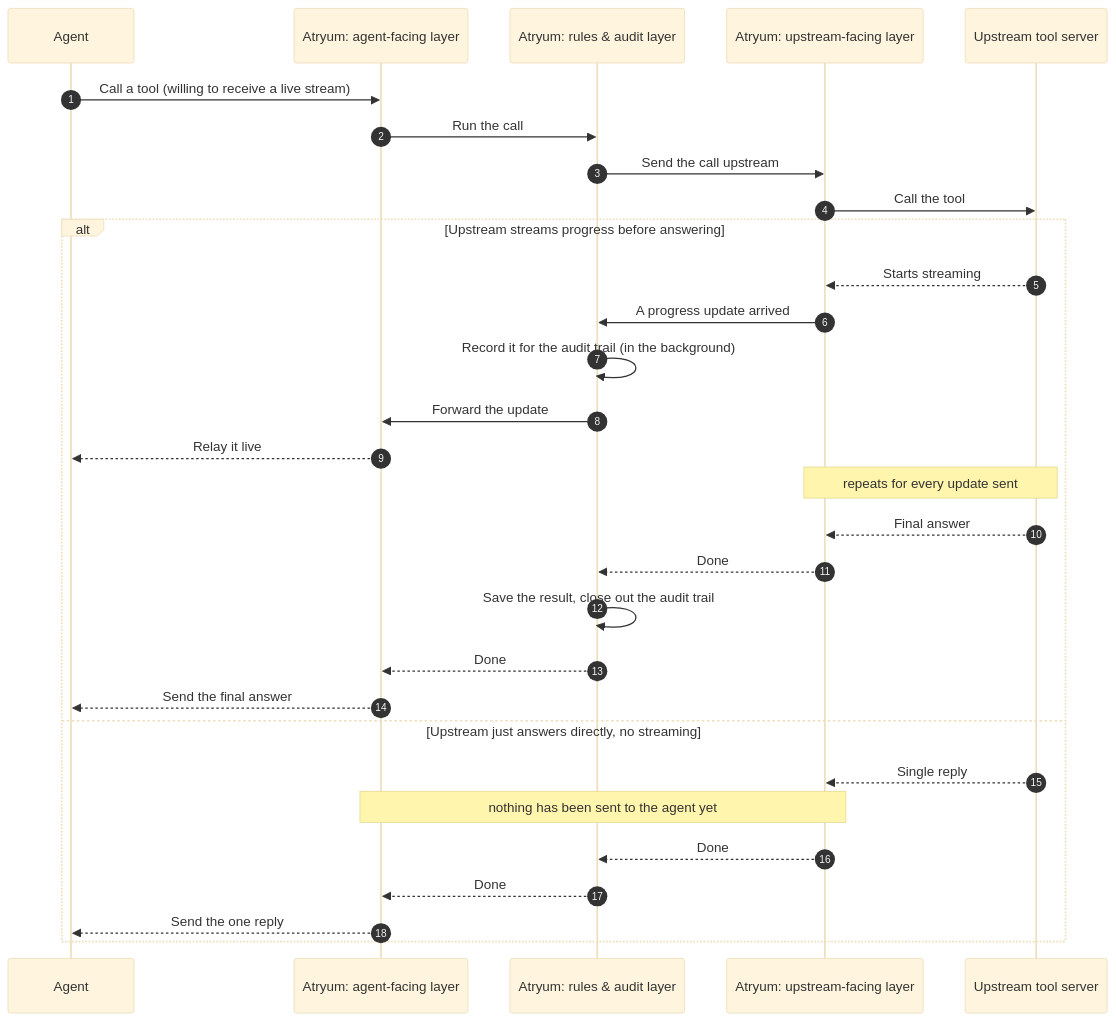
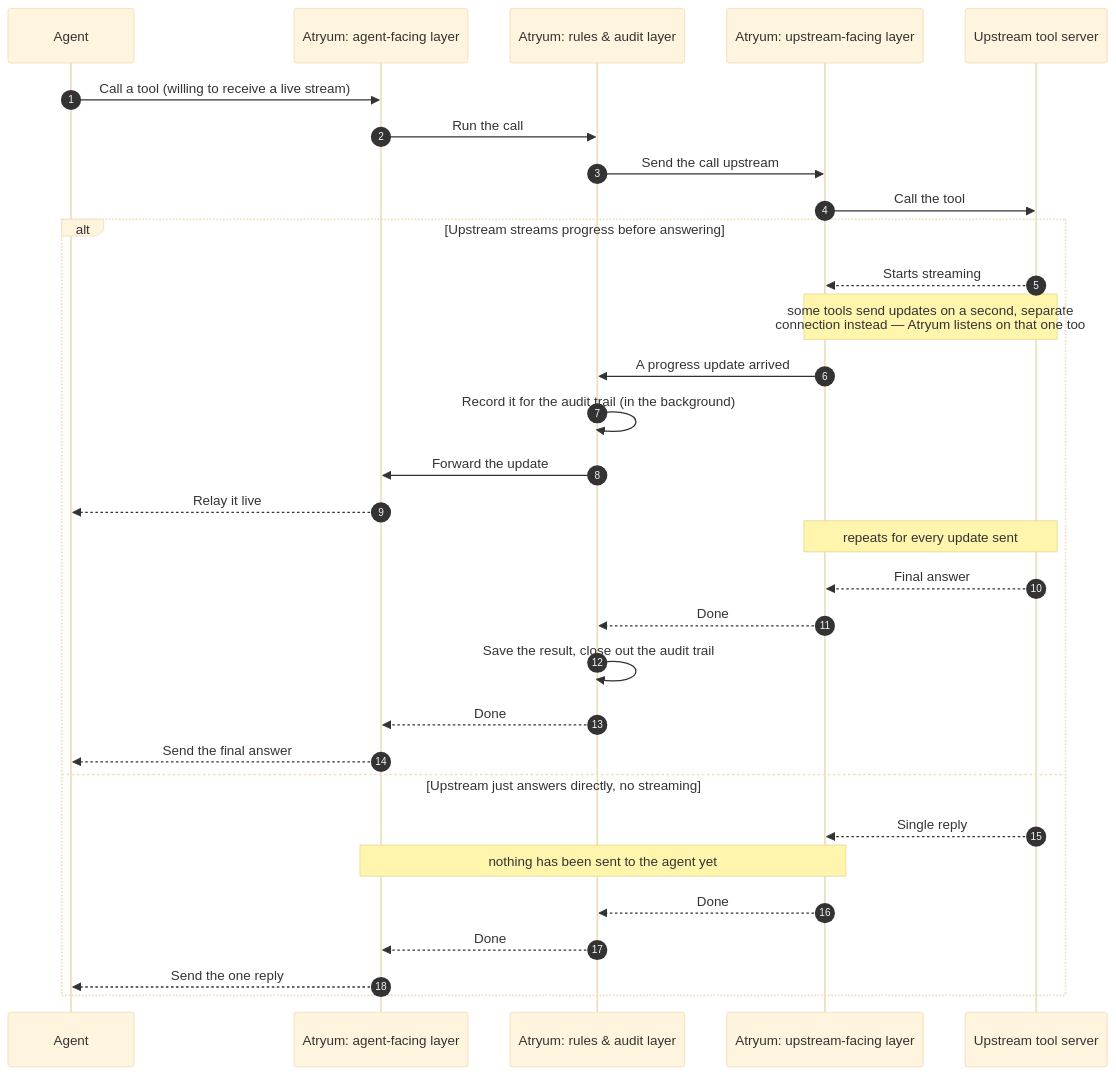
Before and after one commit to validmind/atryum: the fourth of 8 diagrams in docs/architecture.md, drawn with Mermaid (base theme). The commit also changed other lines of this file and 11 other files, not shown here.

````diff
--- a/docs/architecture.md
+++ b/docs/architecture.md
@@ -228,33 +253,34 @@
 ```mermaid
 sequenceDiagram
     autonumber
     participant Agent
     participant Facing as Atryum: agent-facing layer
     participant Middle as Atryum: rules & audit layer
     participant Client as Atryum: upstream-facing layer
     participant Upstream as Upstream tool server
 
     Agent->>Facing: Call a tool (willing to receive a live stream)
     Facing->>Middle: Run the call
     Middle->>Client: Send the call upstream
     Client->>Upstream: Call the tool
     alt Upstream streams progress before answering
         Upstream-->>Client: Starts streaming
+        Note over Client,Upstream: some tools send updates on a second, separate<br/>connection instead — Atryum listens on that one too
         Client->>Middle: A progress update arrived
         Middle->>Middle: Record it for the audit trail (in the background)
         Middle->>Facing: Forward the update
         Facing-->>Agent: Relay it live
         Note over Client,Upstream: repeats for every update sent
         Upstream-->>Client: Final answer
         Client-->>Middle: Done
         Middle->>Middle: Save the result, close out the audit trail
         Middle-->>Facing: Done
         Facing-->>Agent: Send the final answer
     else Upstream just answers directly, no streaming
         Upstream-->>Client: Single reply
         Note over Client,Facing: nothing has been sent to the agent yet
         Client-->>Middle: Done
         Middle-->>Facing: Done
         Facing-->>Agent: Send the one reply
     end
 ```
````
